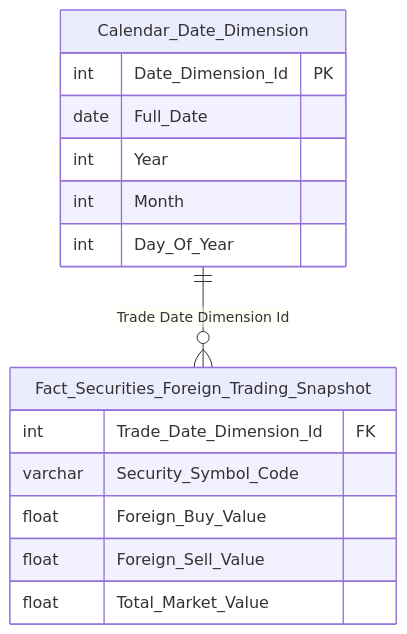
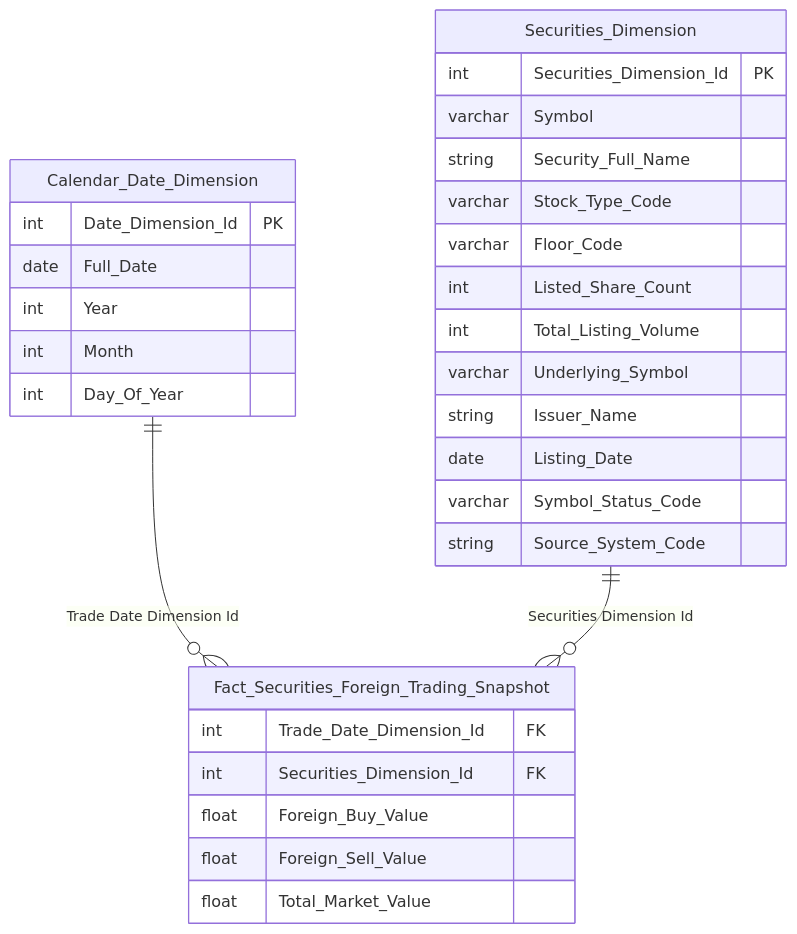
The eighth of 26 diagrams in Datamart/hld/DTM_NDTNN_HLD.md (linhlvit/ubck_atomic_design), drawn with Mermaid before and after one commit. The commit also changed other lines of this file and 62 other files, not shown here.

````diff
--- a/Datamart/hld/DTM_NDTNN_HLD.md
+++ b/Datamart/hld/DTM_NDTNN_HLD.md
@@ -321,19 +336,34 @@
 ```mermaid
 erDiagram
     Calendar_Date_Dimension {
         int Date_Dimension_Id PK
         date Full_Date
         int Year
         int Month
         int Day_Of_Year
     }
+    Securities_Dimension {
+        int Securities_Dimension_Id PK
+        varchar Symbol
+        string Security_Full_Name
+        varchar Stock_Type_Code
+        varchar Floor_Code
+        int Listed_Share_Count
+        int Total_Listing_Volume
+        varchar Underlying_Symbol
+        string Issuer_Name
+        date Listing_Date
+        varchar Symbol_Status_Code
+        string Source_System_Code
+    }
     Fact_Securities_Foreign_Trading_Snapshot {
         int Trade_Date_Dimension_Id FK
-        varchar Security_Symbol_Code
+        int Securities_Dimension_Id FK
         float Foreign_Buy_Value
         float Foreign_Sell_Value
         float Total_Market_Value
     }
 
     Calendar_Date_Dimension ||--o{ Fact_Securities_Foreign_Trading_Snapshot : "Trade Date Dimension Id"
+    Securities_Dimension ||--o{ Fact_Securities_Foreign_Trading_Snapshot : "Securities Dimension Id"
 ```
````
